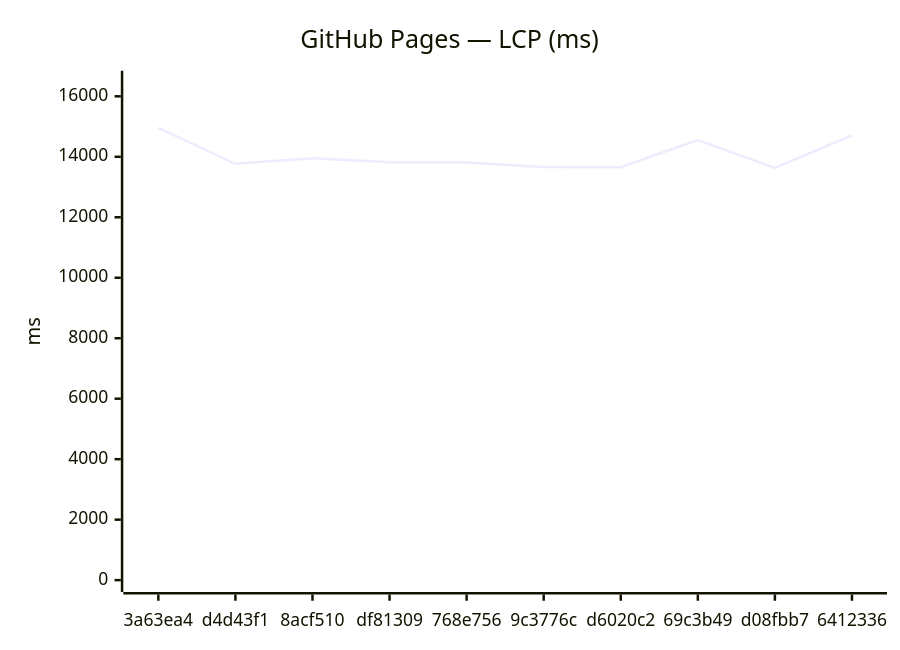
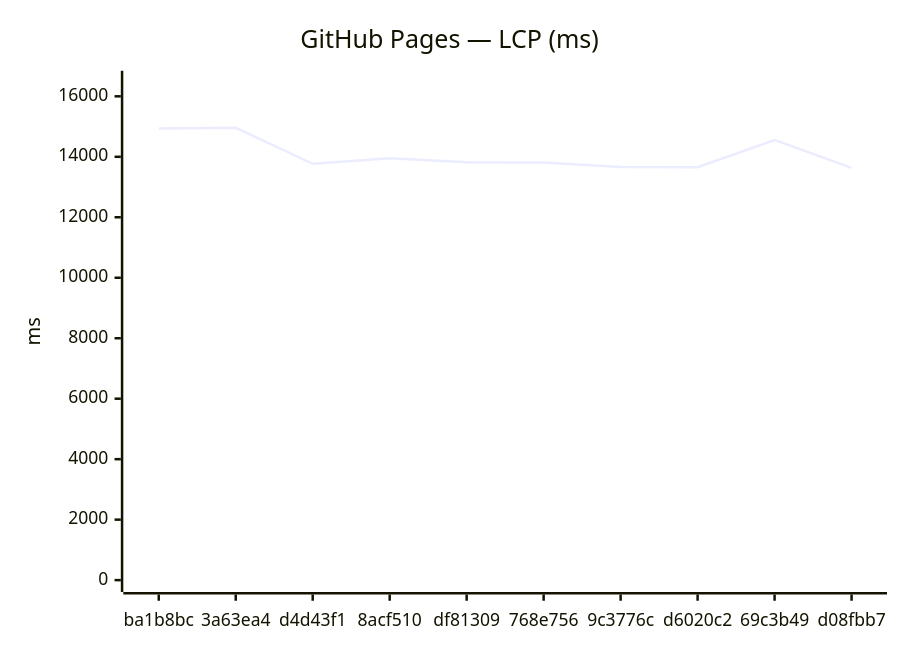
Before and after one commit to Metaheurist/Rianell: the third of 18 diagrams in benchmarks/compare.md, drawn with Mermaid. The commit also changed other lines of this file and 11 other files, not shown here.

````diff
--- a/benchmarks/compare.md
+++ b/benchmarks/compare.md
@@ -54,7 +54,7 @@
 ```mermaid
 xychart-beta
     title "GitHub Pages — LCP (ms)"
-    x-axis ["3a63ea4", "d4d43f1", "8acf510", "df81309", "768e756", "9c3776c", "d6020c2", "69c3b49", "d08fbb7", "6412336"]
+    x-axis ["ba1b8bc", "3a63ea4", "d4d43f1", "8acf510", "df81309", "768e756", "9c3776c", "d6020c2", "69c3b49", "d08fbb7"]
     y-axis "ms" 0 --> 16453
-    line [14957, 13769, 13952, 13820, 13811, 13660, 13653, 14556, 13636, 14711]
+    line [14936, 14957, 13769, 13952, 13820, 13811, 13660, 13653, 14556, 13636]
 ```
````
